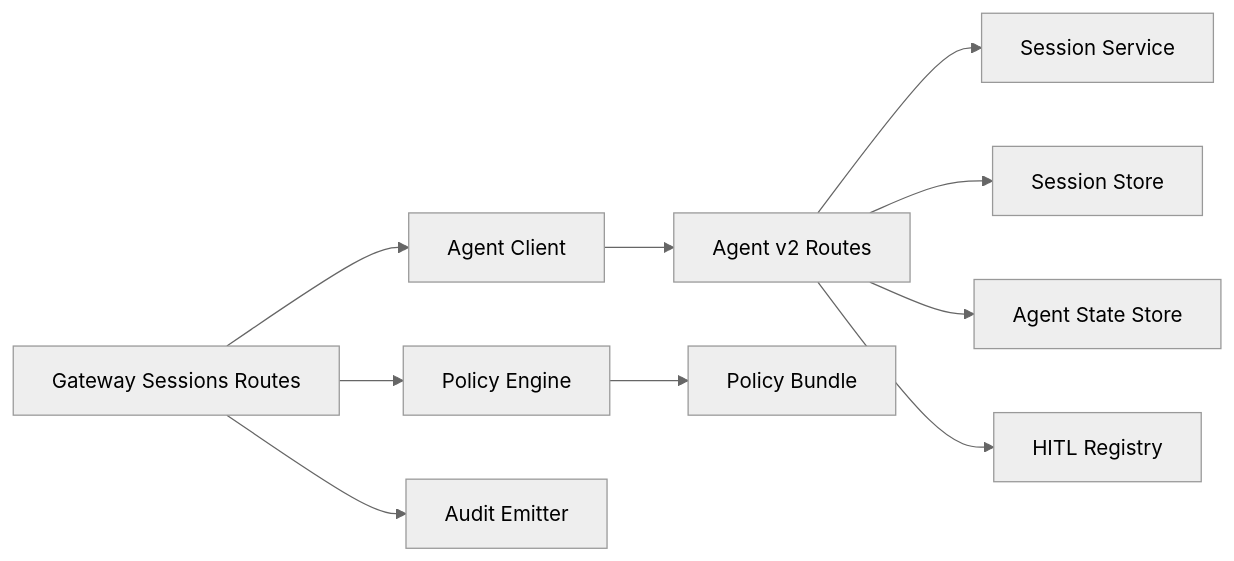
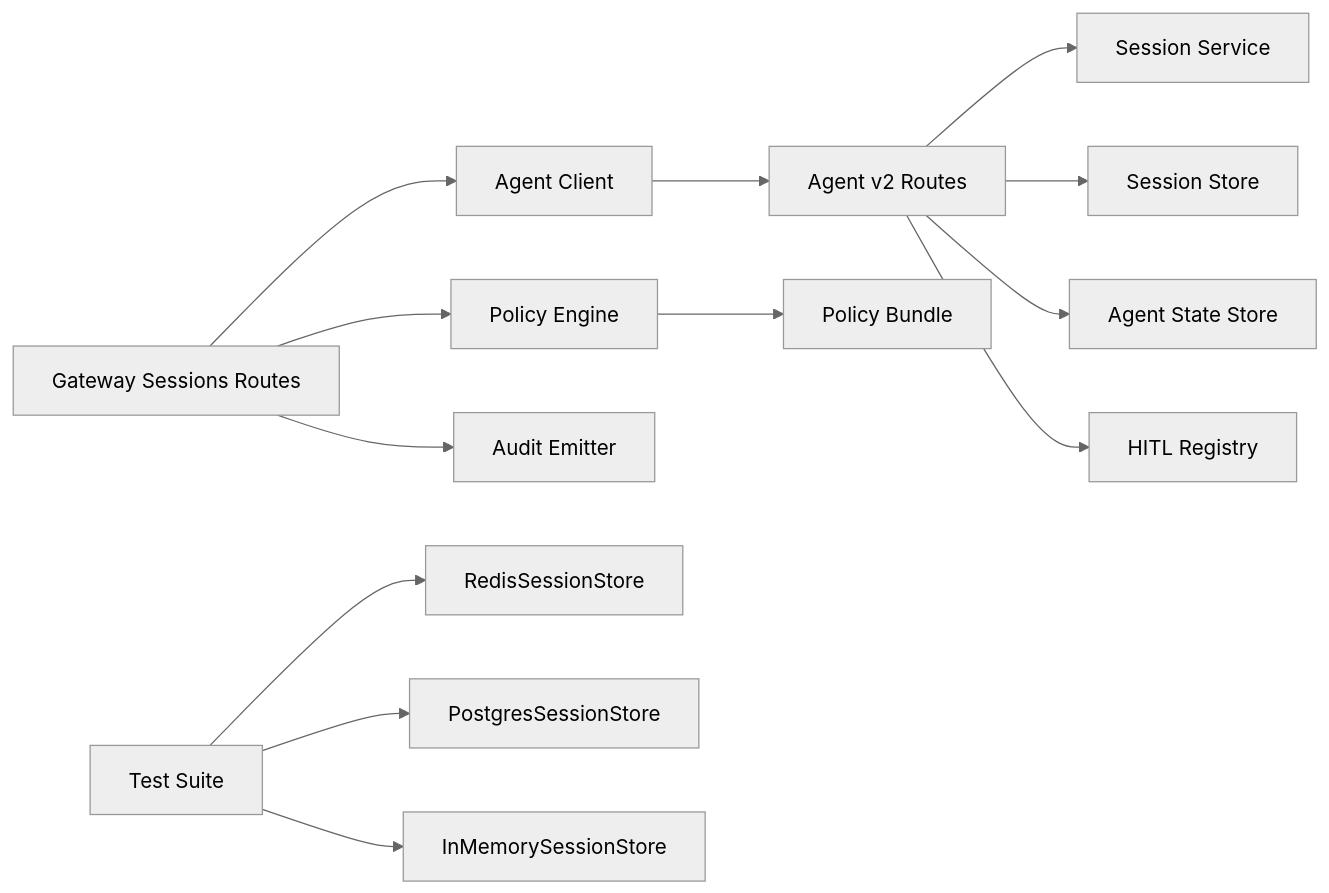
One commit to metasync/luban-aiops changed the seventh of 7 diagrams in .qoder/repowiki/en/content/Architecture Documentation/SPEC-022_ Multi-Session Operator Workspace.md. Above: the diagram before and after it, drawn with Mermaid (neutral theme). The commit also changed other lines of this file and 13 other files, not shown here.

````diff
--- a/.qoder/repowiki/en/content/Architecture Documentation/SPEC-022_ Multi-Session Operator Workspace.md
+++ b/.qoder/repowiki/en/content/Architecture Documentation/SPEC-022_ Multi-Session Operator Workspace.md
@@ -289,12 +360,15 @@
 ```mermaid
 graph LR
 V2Routes["Agent v2 Routes"] --> SessionService["Session Service"]
 V2Routes --> SessionStore["Session Store"]
 V2Routes --> StateStore["Agent State Store"]
 V2Routes --> HITL["HITL Registry"]
 GWRoutes["Gateway Sessions Routes"] --> Policy["Policy Engine"]
 GWRoutes --> AgentClient["Agent Client"]
 GWRoutes --> Audit["Audit Emitter"]
 AgentClient --> V2Routes
 Policy --> PolicyBundle["Policy Bundle"]
+Tests["Test Suite"] --> RedisStore["RedisSessionStore"]
+Tests --> PostgresStore["PostgresSessionStore"]
+Tests --> MemoryStore["InMemorySessionStore"]
 ```
````
